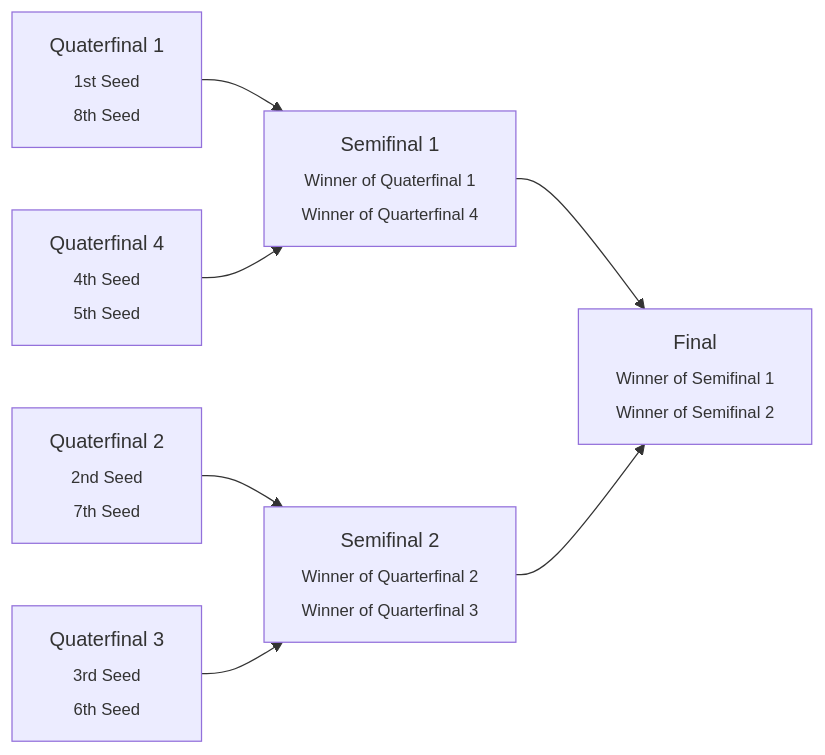
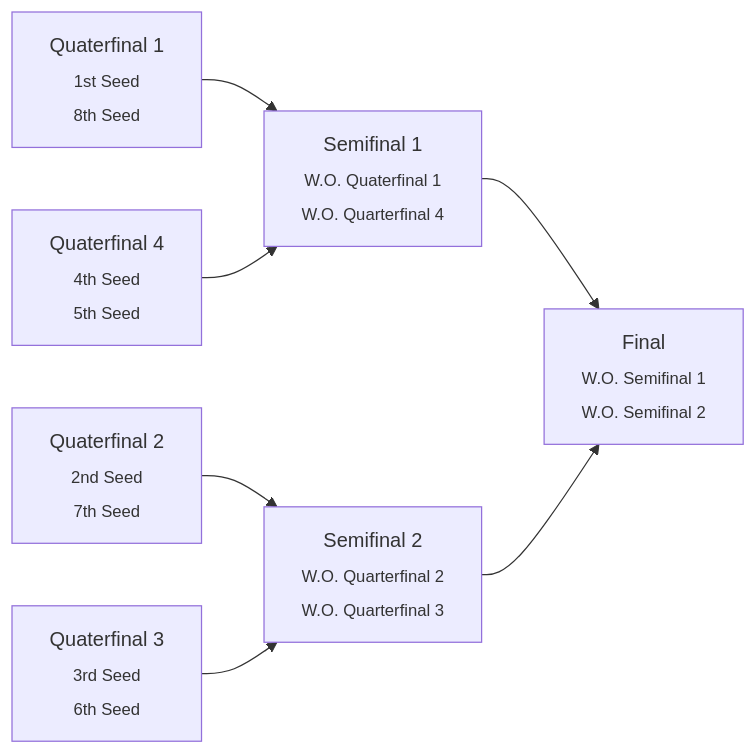
Before and after one commit to nateCode1/svacketz: the first of 6 diagrams in README.md, drawn with Mermaid. The commit also changed other lines of this file, not shown here.

````diff
--- a/README.md
+++ b/README.md
@@ -243,13 +243,13 @@
 ```mermaid
 graph LR
   A1["Quaterfinal 1<br><sub>1st Seed<br>8th Seed</sub>"] -->
-   Q1["Semifinal 1<br><sub>Winner of Quaterfinal 1<br>Winner of Quarterfinal 4</sub>"]
+   Q1["Semifinal 1<br><sub>W.O. Quaterfinal 1<br>W.O. Quarterfinal 4</sub>"]
   A2["Quaterfinal 4<br><sub>4th Seed<br>5th Seed</sub>"] --> Q1
 
   A3["Quaterfinal 2<br><sub>2nd Seed<br>7th Seed</sub>"] -->
-   Q2["Semifinal 2<br><sub>Winner of Quarterfinal 2<br>Winner of Quarterfinal 3</sub>"]
+   Q2["Semifinal 2<br><sub>W.O. Quarterfinal 2<br>W.O. Quarterfinal 3</sub>"]
   A4["Quaterfinal 3<br><sub>3rd Seed<br>6th Seed</sub>"] --> Q2
 
-  Q1 --> F1["Final<br><sub>Winner of Semifinal 1<br>Winner of Semifinal 2</sub>"]
+  Q1 --> F1["Final<br><sub>W.O. Semifinal 1<br>W.O. Semifinal 2</sub>"]
   Q2 --> F1
 ```
````
